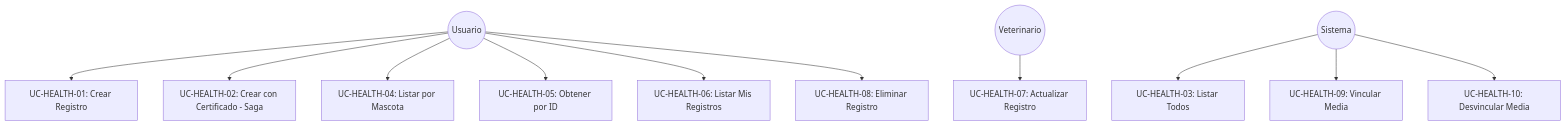
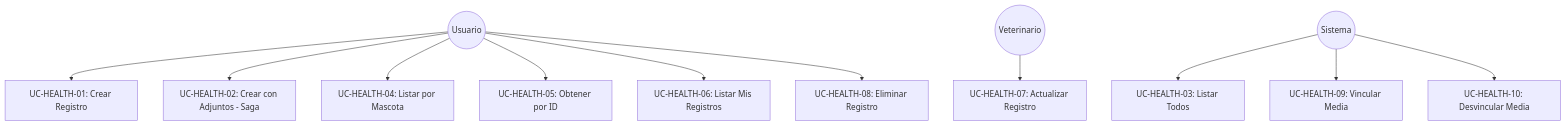
Before and after one commit to Libreta-Sanitaria-Mascotas/health: the second of 9 diagrams in README.md, drawn with Mermaid. The commit also changed other lines of this file and 4 other files, not shown here.

````diff
--- a/README.md
+++ b/README.md
@@ -34,17 +34,17 @@
 ```mermaid
 graph TB
     Usuario((Usuario))
     Veterinario((Veterinario))
     Sistema((Sistema))
     
     Usuario --> UC1[UC-HEALTH-01: Crear Registro]
-    Usuario --> UC2[UC-HEALTH-02: Crear con Certificado - Saga]
+    Usuario --> UC2[UC-HEALTH-02: Crear con Adjuntos - Saga]
     Sistema --> UC3[UC-HEALTH-03: Listar Todos]
     Usuario --> UC4[UC-HEALTH-04: Listar por Mascota]
     Usuario --> UC5[UC-HEALTH-05: Obtener por ID]
     Usuario --> UC6[UC-HEALTH-06: Listar Mis Registros]
     Veterinario --> UC7[UC-HEALTH-07: Actualizar Registro]
     Usuario --> UC8[UC-HEALTH-08: Eliminar Registro]
     Sistema --> UC9[UC-HEALTH-09: Vincular Media]
     Sistema --> UC10[UC-HEALTH-10: Desvincular Media]
 ```
````
